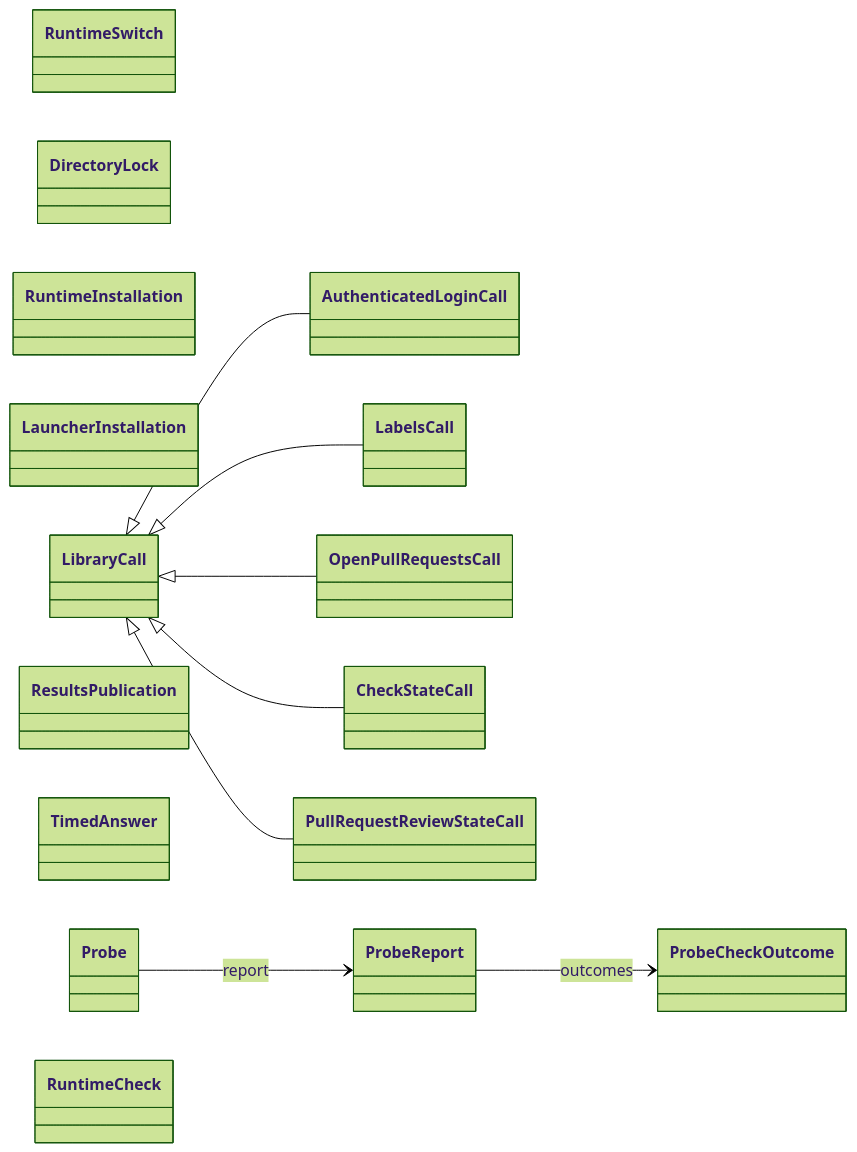
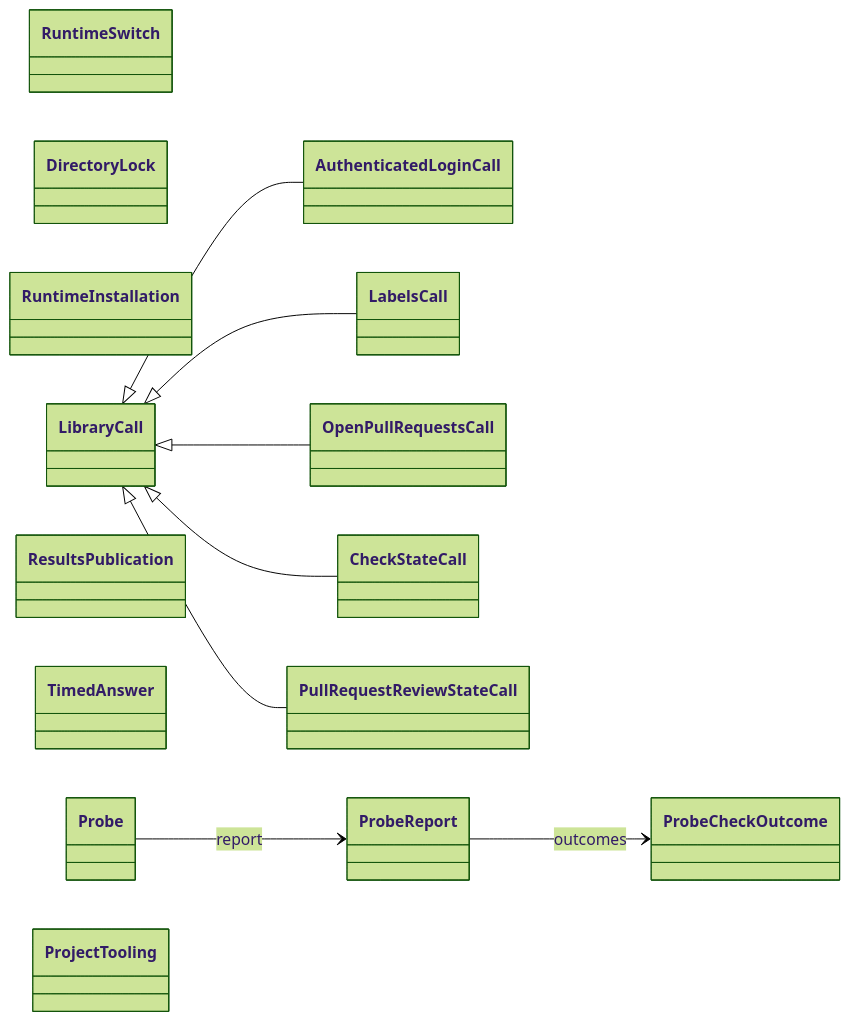
Before and after one commit to LucaKro/GitHubWorkflow: the tenth of 10 diagrams in README.md, drawn with Mermaid (forest theme). The commit also changed other lines of this file and 34 other files, not shown here.

First line of the commit message:
Declare the architecture diagrams in pyproject.toml and draw any project's

````diff
--- a/README.md
+++ b/README.md
@@ -498,27 +510,26 @@
 ```mermaid
 classDiagram
     direction LR
     class RuntimeSwitch
     class DirectoryLock
     class RuntimeInstallation
-    class LauncherInstallation
     class LibraryCall
     class AuthenticatedLoginCall
     class LabelsCall
     class OpenPullRequestsCall
     class CheckStateCall
     class PullRequestReviewStateCall
     class ResultsPublication
     class ProbeCheckOutcome
     class ProbeReport
     class TimedAnswer
     class Probe
-    class RuntimeCheck
+    class ProjectTooling
     LibraryCall <|-- AuthenticatedLoginCall
     LibraryCall <|-- LabelsCall
     LibraryCall <|-- OpenPullRequestsCall
     LibraryCall <|-- CheckStateCall
     LibraryCall <|-- PullRequestReviewStateCall
     ProbeReport --> ProbeCheckOutcome : outcomes
     Probe --> ProbeReport : report
 ```
````
